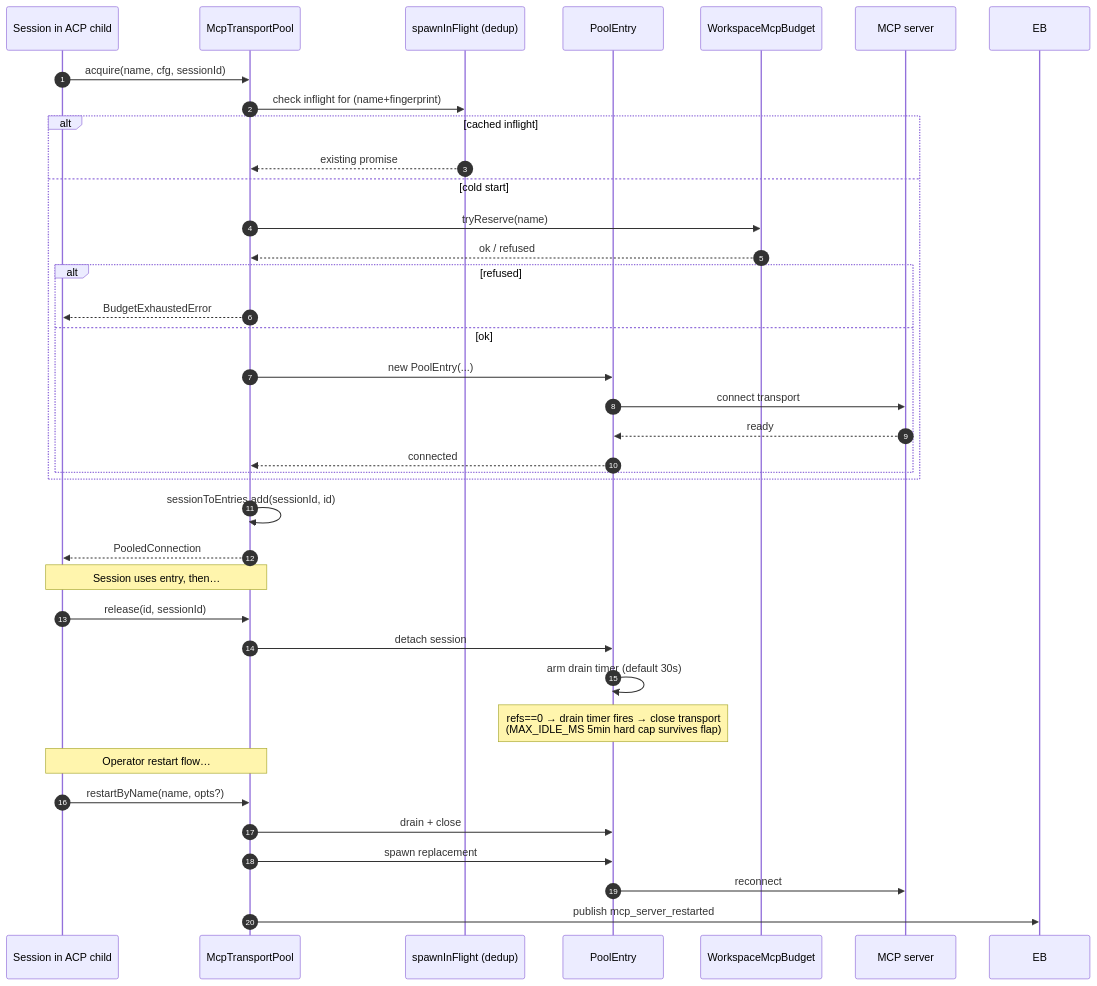
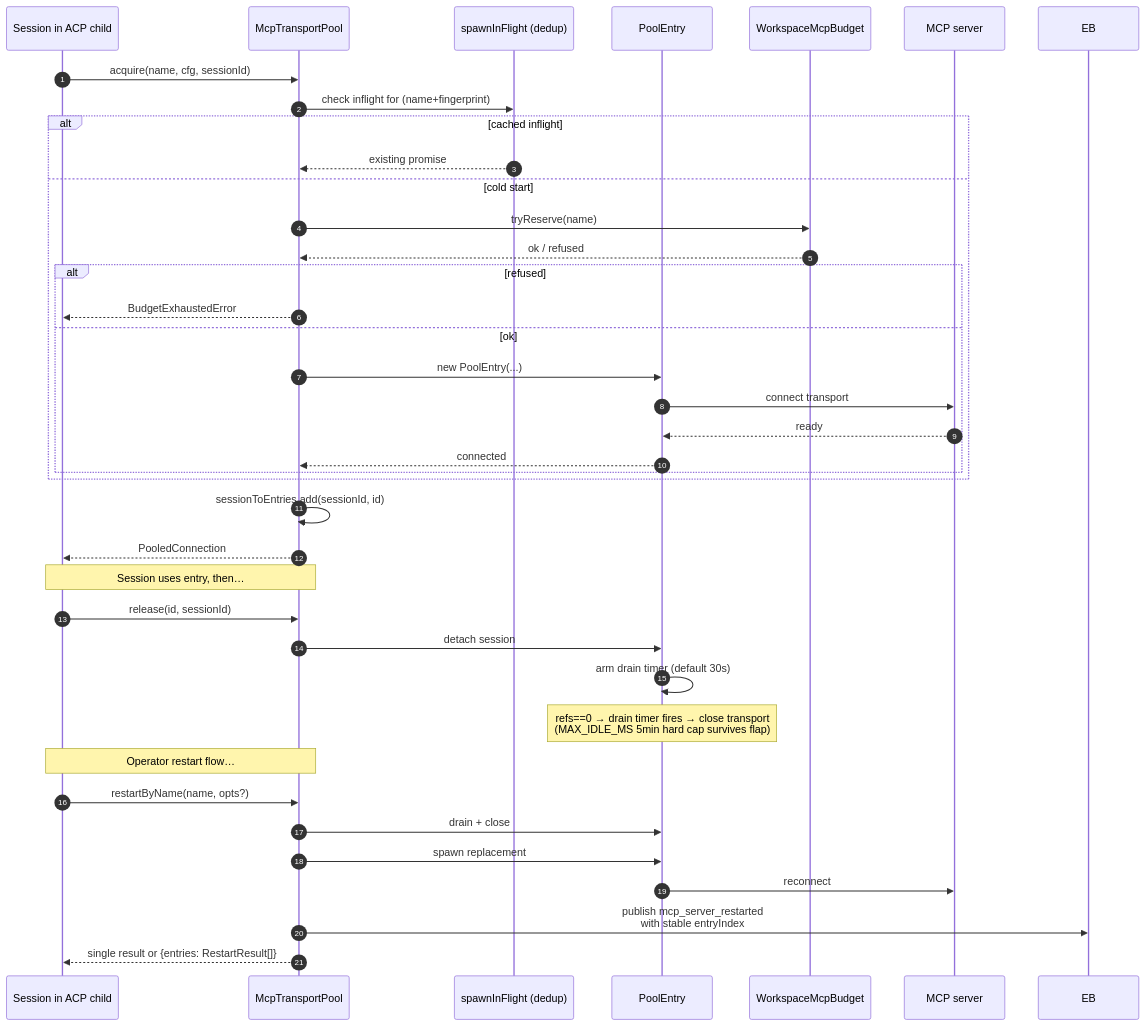
Before and after one commit to QwenLM/qwen-code: the sixth of 7 diagrams in docs/developers/daemon/01-architecture.md, drawn with Mermaid. The commit also changed other lines of this file and 16 other files, not shown here.

````diff
--- a/docs/developers/daemon/01-architecture.md
+++ b/docs/developers/daemon/01-architecture.md
@@ -237,43 +237,44 @@
 ```mermaid
 sequenceDiagram
     autonumber
     participant S as Session in ACP child
     participant P as McpTransportPool
     participant SIF as spawnInFlight (dedup)
     participant E as PoolEntry
     participant BDG as WorkspaceMcpBudget
     participant SRV as MCP server
 
     S->>P: acquire(name, cfg, sessionId)
     P->>SIF: check inflight for (name+fingerprint)
     alt cached inflight
         SIF-->>P: existing promise
     else cold start
         P->>BDG: tryReserve(name)
         BDG-->>P: ok / refused
         alt refused
             P-->>S: BudgetExhaustedError
         else ok
             P->>E: new PoolEntry(...)
             E->>SRV: connect transport
             SRV-->>E: ready
             E-->>P: connected
         end
     end
     P->>P: sessionToEntries.add(sessionId, id)
     P-->>S: PooledConnection
 
     Note over S,P: Session uses entry, then…
 
     S->>P: release(id, sessionId)
     P->>E: detach session
     E->>E: arm drain timer (default 30s)
     Note over E: refs==0 → drain timer fires → close transport<br/>(MAX_IDLE_MS 5min hard cap survives flap)
 
     Note over S,P: Operator restart flow…
     S->>P: restartByName(name, opts?)
     P->>E: drain + close
     P->>E: spawn replacement
     E->>SRV: reconnect
-    P->>EB: publish mcp_server_restarted
+    P->>EB: publish mcp_server_restarted<br/>with stable entryIndex
+    P-->>S: single result or {entries: RestartResult[]}
 ```
````
